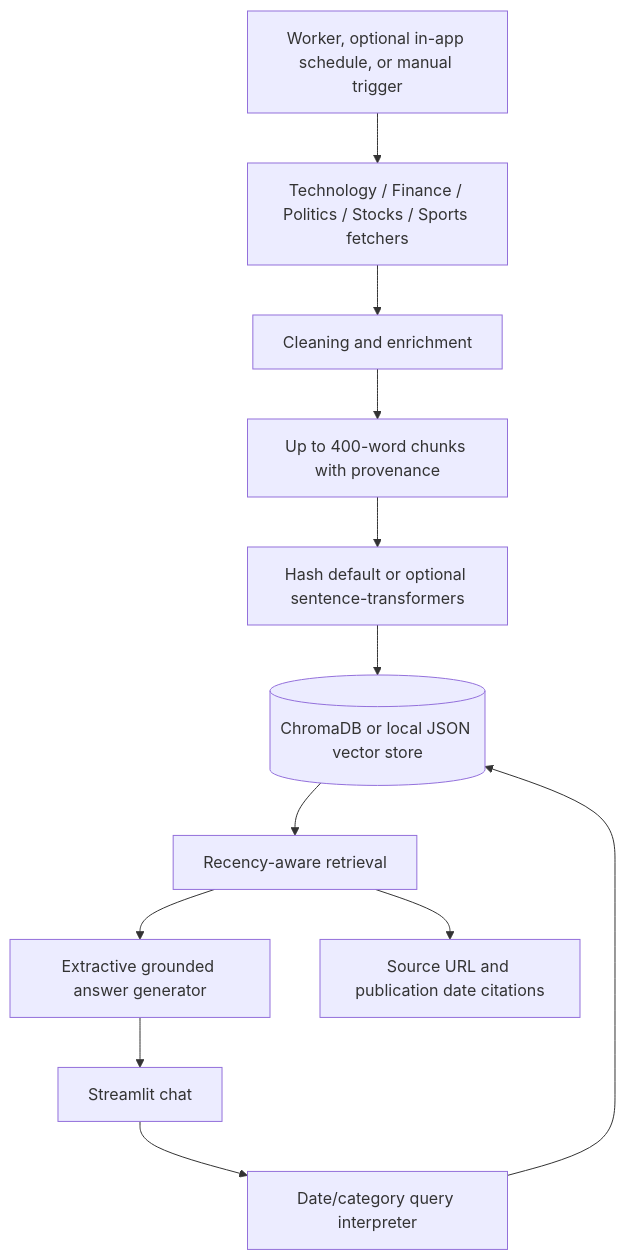
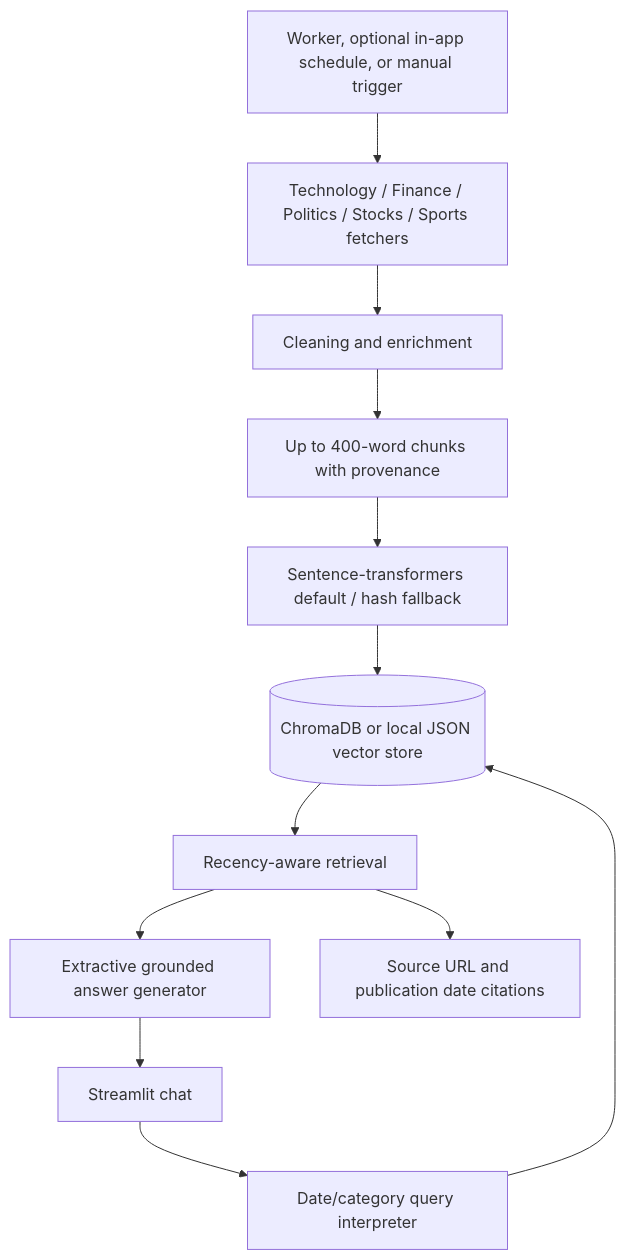
The diagram in docs/ARCHITECTURE.md (nareshgrampalli-coder/MADNIntelSysWRAG), drawn with Mermaid before and after one commit. The commit also changed 2 other files, not shown here.

Commit message:
Align RAG documentation with implementation

````diff
--- a/docs/ARCHITECTURE.md
+++ b/docs/ARCHITECTURE.md
@@ -3,14 +3,14 @@
 ```mermaid
 flowchart TD
     S[Worker, optional in-app schedule, or manual trigger] --> F[Technology / Finance / Politics / Stocks / Sports fetchers]
     F --> P[Cleaning and enrichment]
     P --> C[Up to 400-word chunks with provenance]
-    C --> E[Hash default or optional sentence-transformers]
+    C --> E[Sentence-transformers default / hash fallback]
     E --> V[(ChromaDB or local JSON vector store)]
     U[Streamlit chat] --> Q[Date/category query interpreter]
     Q --> V
     V --> R[Recency-aware retrieval]
     R --> A[Extractive grounded answer generator]
     A --> U
     R --> X[Source URL and publication date citations]
 ```
````
